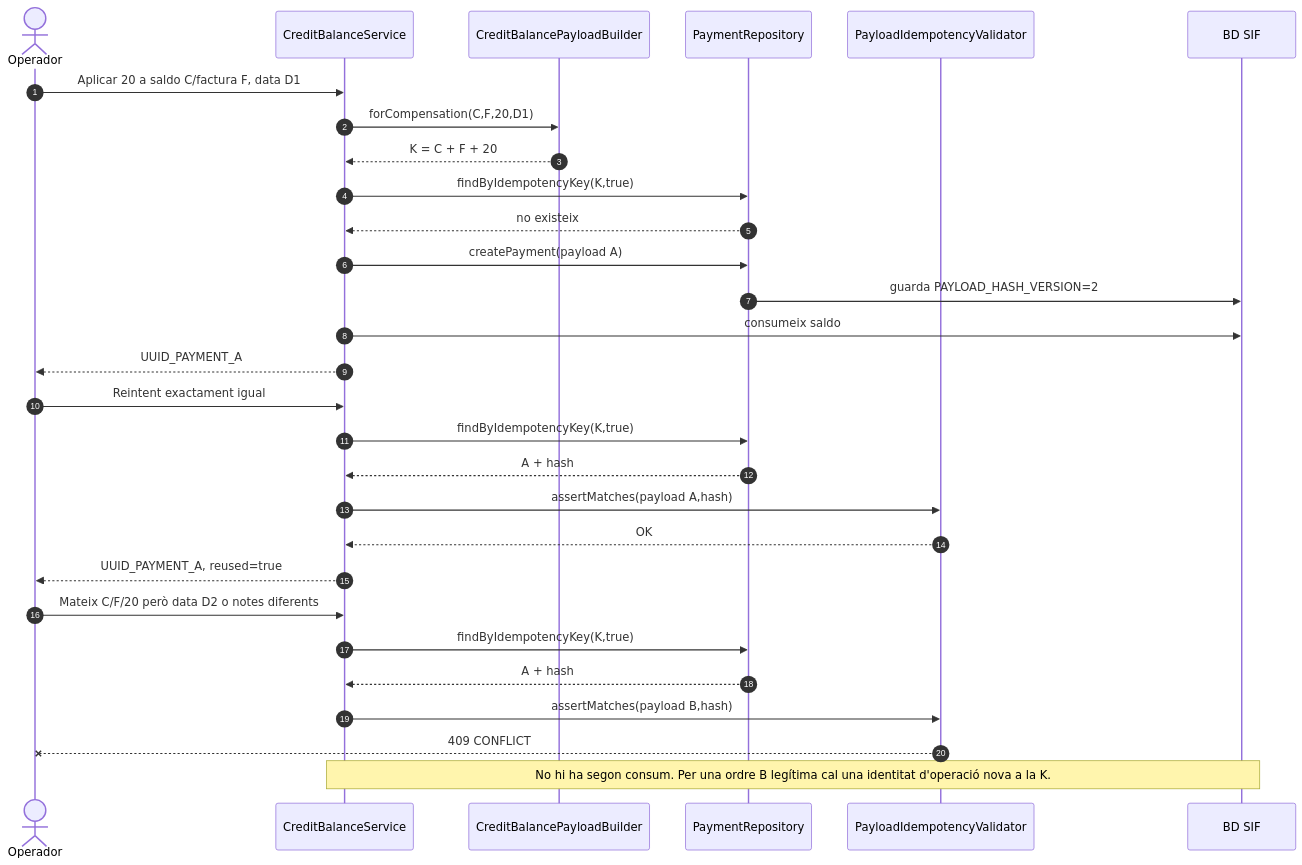
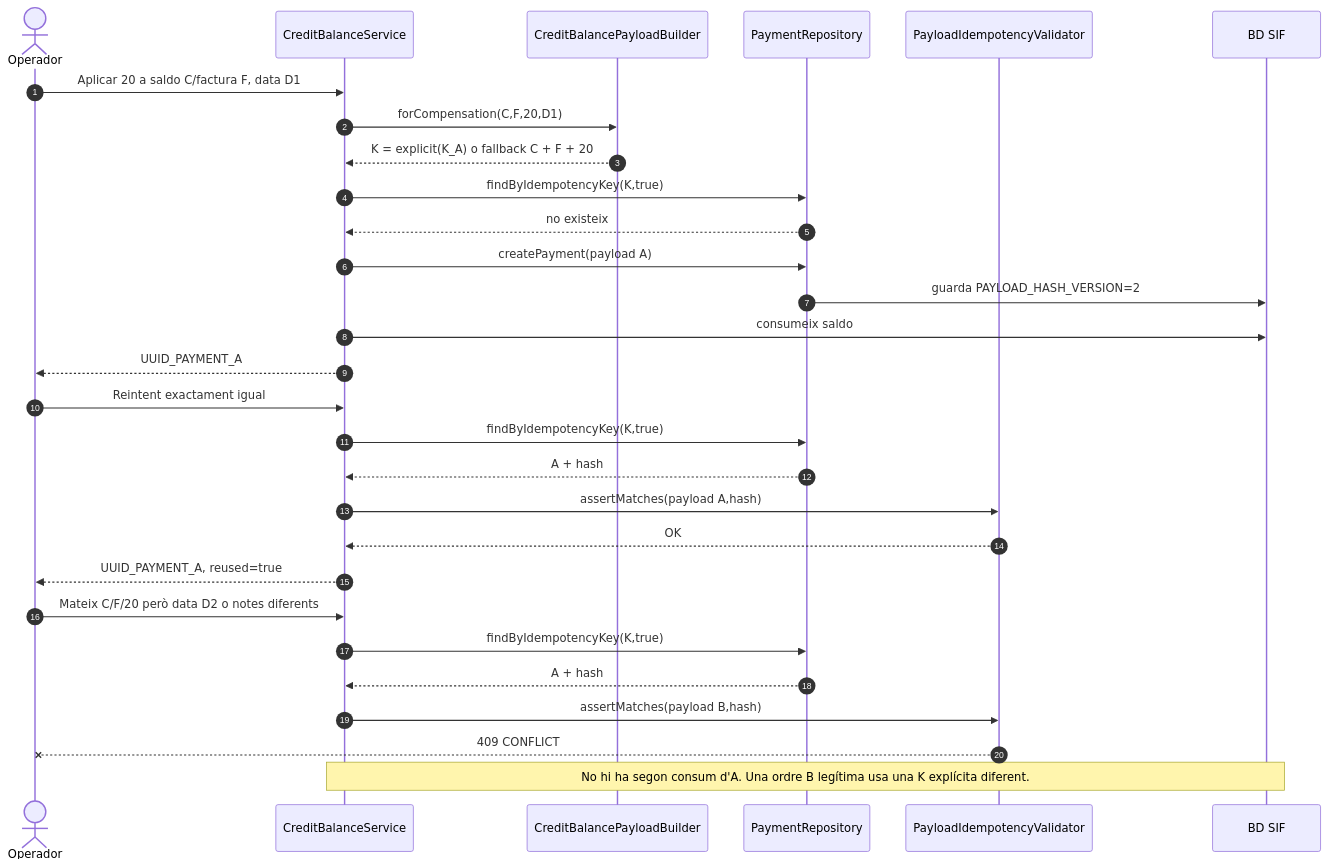
Before and after one commit to orgmeriemprismacat-del/verifactu: the fifth of 7 diagrams in documentacio/07-uml-integrat/uc-029a-aplicar-compensacio.md, drawn with Mermaid. The commit also changed other lines of this file, not shown here.

````diff
--- a/documentacio/07-uml-integrat/uc-029a-aplicar-compensacio.md
+++ b/documentacio/07-uml-integrat/uc-029a-aplicar-compensacio.md
@@ -219,31 +221,31 @@
 ```mermaid
 sequenceDiagram
 autonumber
 actor O as Operador
 participant S as CreditBalanceService
 participant B as CreditBalancePayloadBuilder
 participant PR as PaymentRepository
 participant H as PayloadIdempotencyValidator
 participant DB as BD SIF
 O->>S: Aplicar 20 a saldo C/factura F, data D1
 S->>B: forCompensation(C,F,20,D1)
-B-->>S: K = C + F + 20
+B-->>S: K = explicit(K_A) o fallback C + F + 20
 S->>PR: findByIdempotencyKey(K,true)
 PR-->>S: no existeix
 S->>PR: createPayment(payload A)
 PR->>DB: guarda PAYLOAD_HASH_VERSION=2
 S->>DB: consumeix saldo
 S-->>O: UUID_PAYMENT_A
 O->>S: Reintent exactament igual
 S->>PR: findByIdempotencyKey(K,true)
 PR-->>S: A + hash
 S->>H: assertMatches(payload A,hash)
 H-->>S: OK
 S-->>O: UUID_PAYMENT_A, reused=true
 O->>S: Mateix C/F/20 però data D2 o notes diferents
 S->>PR: findByIdempotencyKey(K,true)
 PR-->>S: A + hash
 S->>H: assertMatches(payload B,hash)
 H--xO: 409 CONFLICT
-Note over S,DB: No hi ha segon consum. Per una ordre B legítima cal una identitat d'operació nova a la K.
+Note over S,DB: No hi ha segon consum d'A. Una ordre B legítima usa una K explícita diferent.
 ```
````
